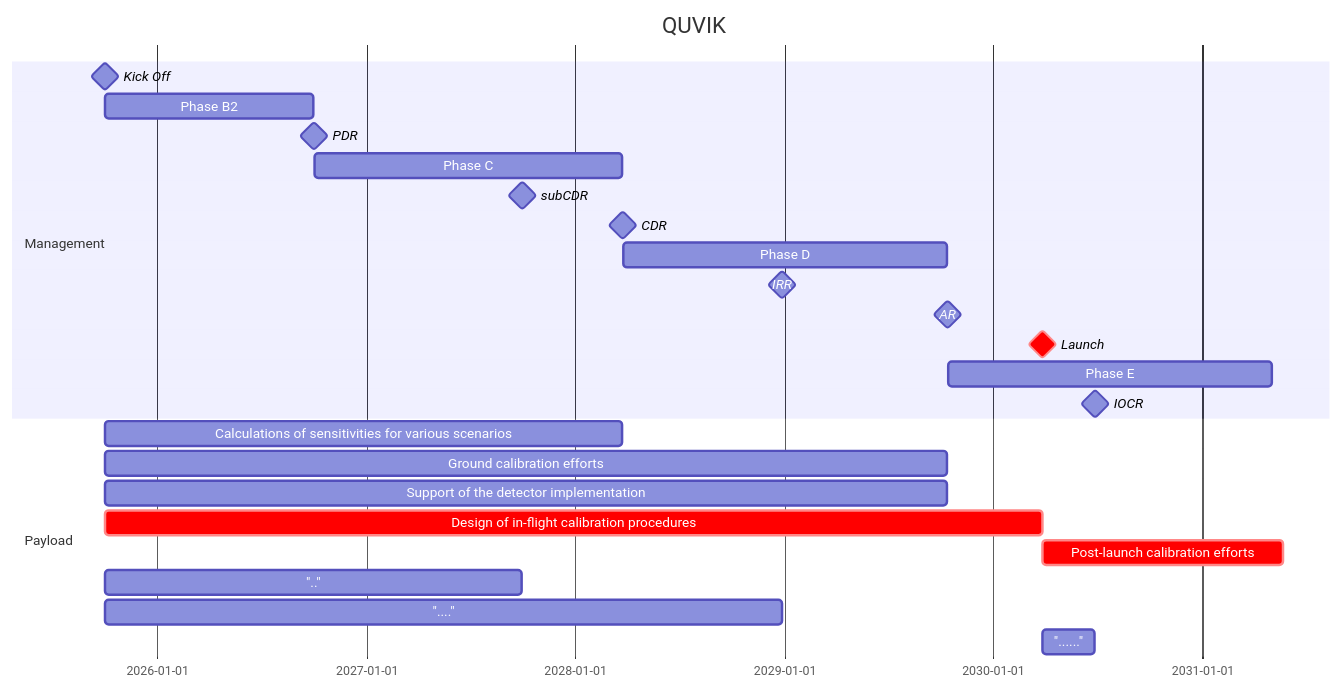
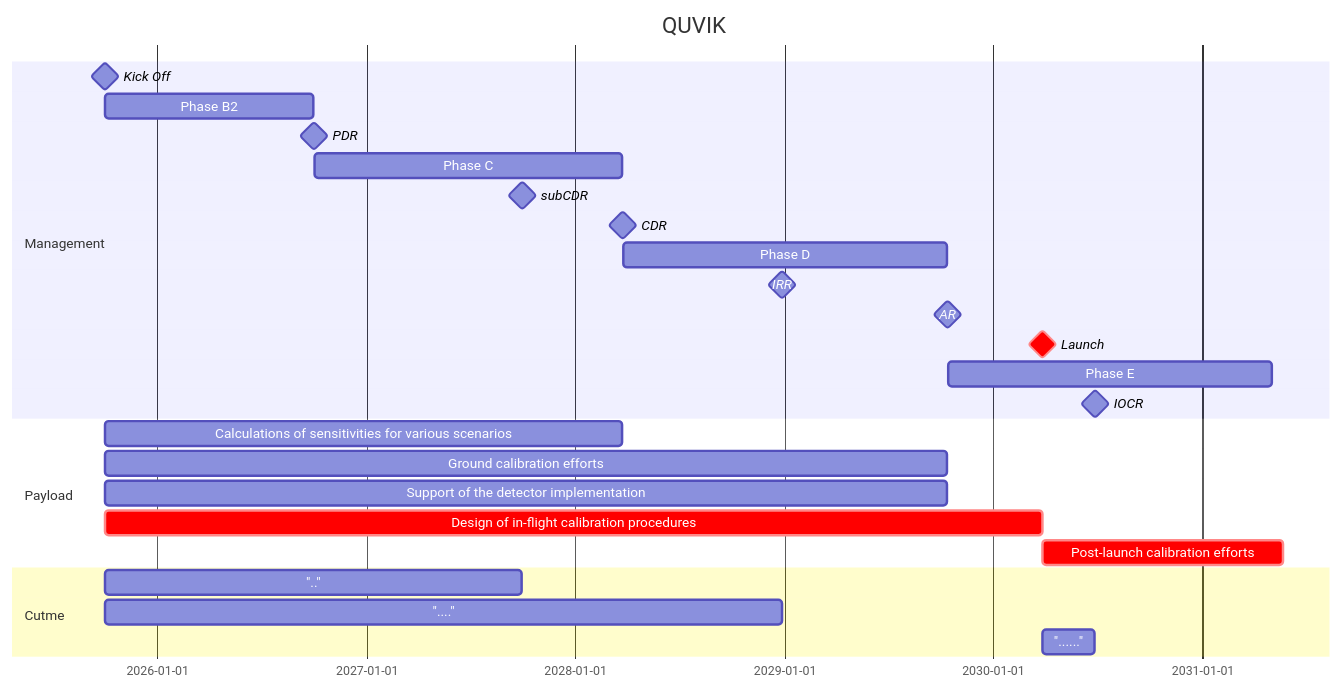
The diagram in calib/Pload.md (limu007/quvik), drawn with Mermaid before and after one commit.

````diff
--- a/calib/Pload.md
+++ b/calib/Pload.md
@@ -1,30 +1,31 @@
 ```mermaid
 gantt
     title QUVIK
     dateFormat  YYYY-MM-DD
     section Management
     Kick Off : milestone, m1, 2025-09-31, 1d
     Phase B2 : b2, after m1, 52w
     PDR : milestone, pdr, after b2, 1d
     Phase C : c1, after pdr, 77w
     subCDR :  milestone, sc1, after des, 1d
     CDR : milestone, cdr, after c1, 1d
     Phase D : d1, after cdr, 81w
     IRR : milestone, irr, after imp, 1d
     AR : milestone, ar, after d1, 1d
     Launch : crit, milestone, frr, after dcal, 1d
     Phase E : e1, after ar, 81w
     IOCR : milestone, iocr, after e2, 1d
 
     section Payload
     Calculations of sensitivities for various scenarios :  after m1 , until cdr
     Ground calibration efforts :  after m1 , until ar
     Support of the detector implementation :  after m1 , until ar 
     Design of in-flight calibration procedures : crit, dcal, after m1 , 234w
     Post-launch calibration efforts : crit, after frr , 420d
 
+    section Cutme 
     ".." : 	des, after m1	, 104w
     "...." : imp, after m1 , 169w
     "......" : e2, after frr, 13w
 
 ```
````
